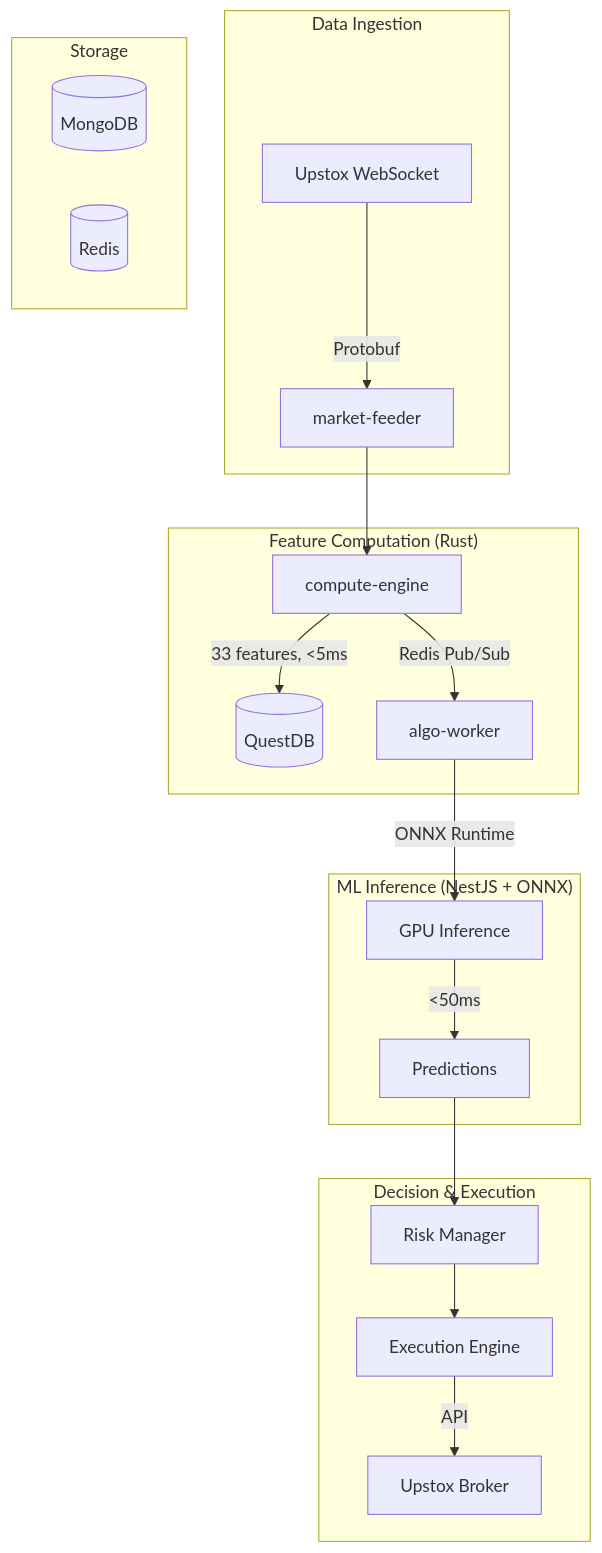
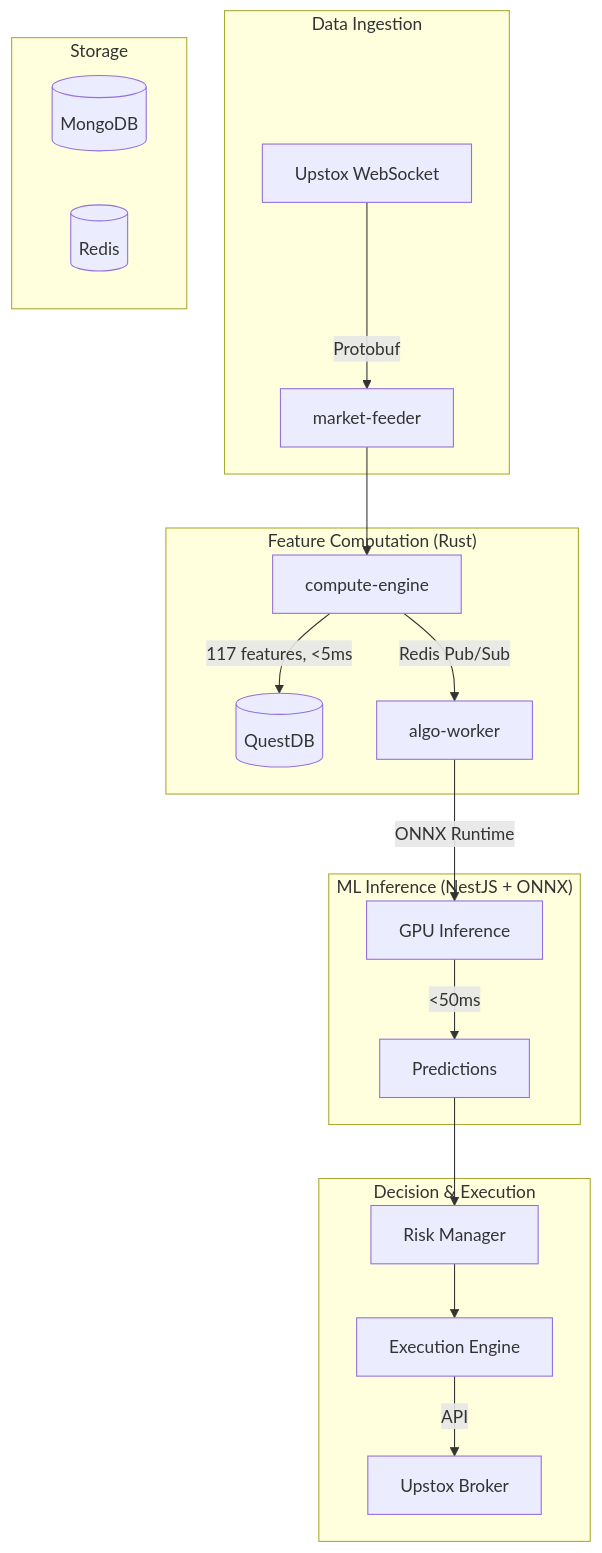
Before and after one commit to OkBeiRohan/investment-trading-portfolio: the first of 2 diagrams in README.md, drawn with Mermaid. The commit also changed other lines of this file and 25 other files, not shown here.

````diff
--- a/README.md
+++ b/README.md
@@ -118,29 +119,29 @@
 ```mermaid
 graph TD
     subgraph "Data Ingestion"
         WS[Upstox WebSocket] -->|Protobuf| MF[market-feeder]
     end
 
     subgraph "Feature Computation (Rust)"
         MF --> CE[compute-engine]
-        CE -->|33 features, <5ms| QDB[(QuestDB)]
+        CE -->|117 features, <5ms| QDB[(QuestDB)]
         CE -->|Redis Pub/Sub| AW
     end
 
     subgraph "ML Inference (NestJS + ONNX)"
         AW[algo-worker] -->|ONNX Runtime| GPU[GPU Inference]
         GPU -->|<50ms| PRED[Predictions]
     end
 
     subgraph "Decision & Execution"
         PRED --> RISK[Risk Manager]
         RISK --> EXEC[Execution Engine]
         EXEC -->|API| UPSTOX[Upstox Broker]
     end
 
     subgraph "Storage"
         QDB
         MDB[(MongoDB)]
         REDIS[(Redis)]
     end
 ```
````
